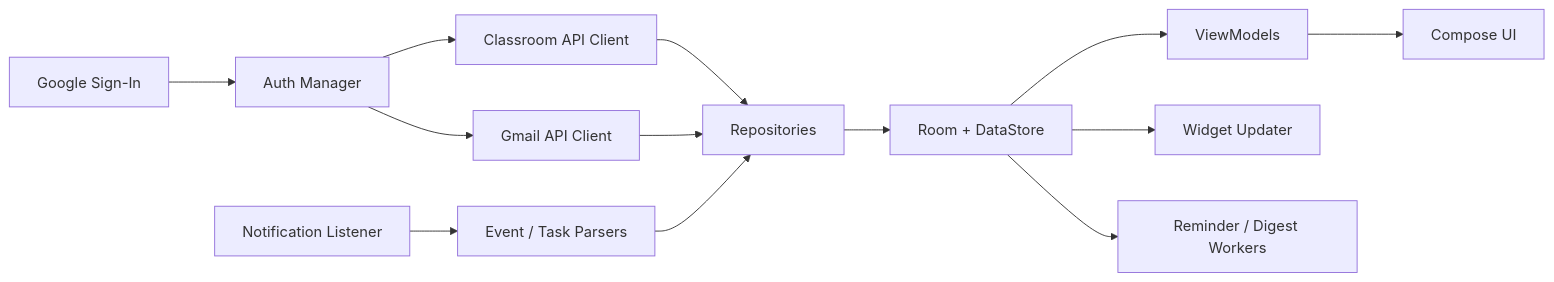
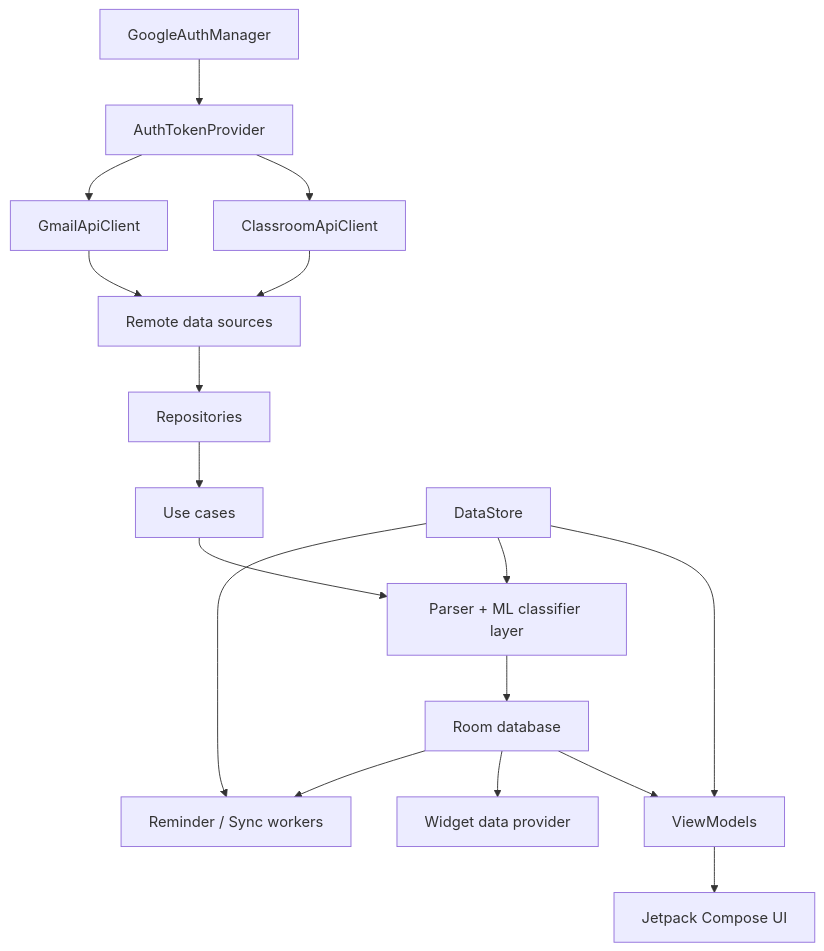
Before and after one commit to InsaneCoder789/ClassSync: the third of 3 diagrams in README.md, drawn with Mermaid. The commit also changed other lines of this file and 31 other files, not shown here.

Commit message:
feat: Add hybrid TFLite event intelligence - Train and integrate the optional on-device event classifier - Preserve rule-based fallback and task suppression for synced items - Refresh README and ignore local training artifacts

````diff
--- a/README.md
+++ b/README.md
@@ -51,15 +83,19 @@
 ```mermaid
-flowchart LR
-    A["Google Sign-In"] --> B["Auth Manager"]
-    B --> C["Classroom API Client"]
-    B --> D["Gmail API Client"]
-    E["Notification Listener"] --> H["Event / Task Parsers"]
-    C --> F["Repositories"]
-    D --> F
-    H --> F
-    F --> G["Room + DataStore"]
-    G --> I["ViewModels"]
-    I --> J["Compose UI"]
-    G --> K["Widget Updater"]
-    G --> L["Reminder / Digest Workers"]
+flowchart TD
+    A["GoogleAuthManager"] --> B["AuthTokenProvider"]
+    B --> C["ClassroomApiClient"]
+    B --> D["GmailApiClient"]
+    C --> E["Remote data sources"]
+    D --> E
+    E --> F["Repositories"]
+    F --> G["Use cases"]
+    G --> H["Parser + ML classifier layer"]
+    H --> I["Room database"]
+    I --> J["ViewModels"]
+    J --> K["Jetpack Compose UI"]
+    I --> L["Widget data provider"]
+    I --> M["Reminder / Sync workers"]
+    N["DataStore"] --> J
+    N --> H
+    N --> M
 ```
````
